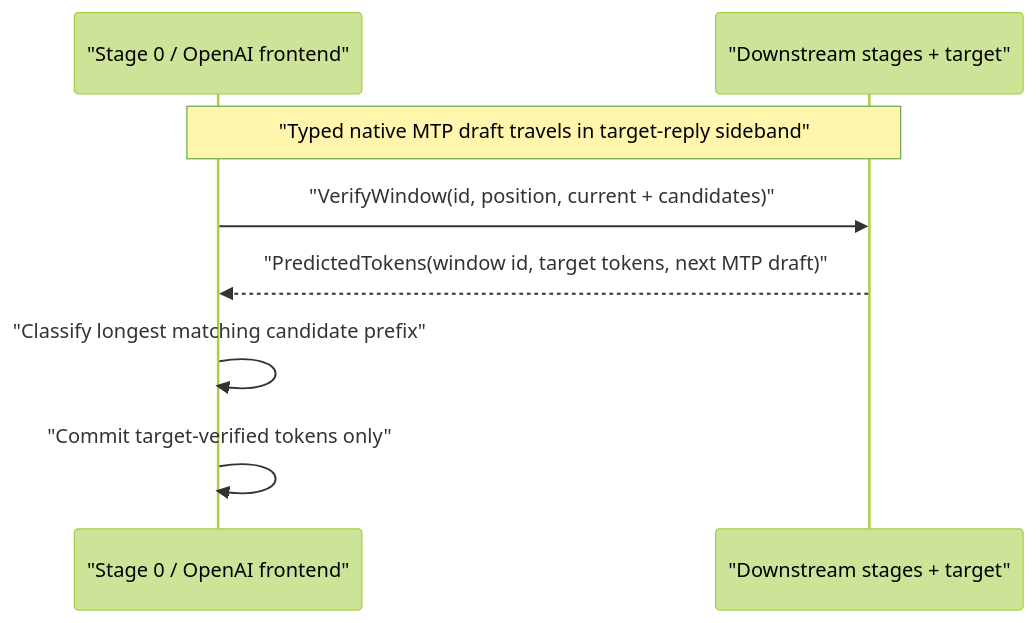
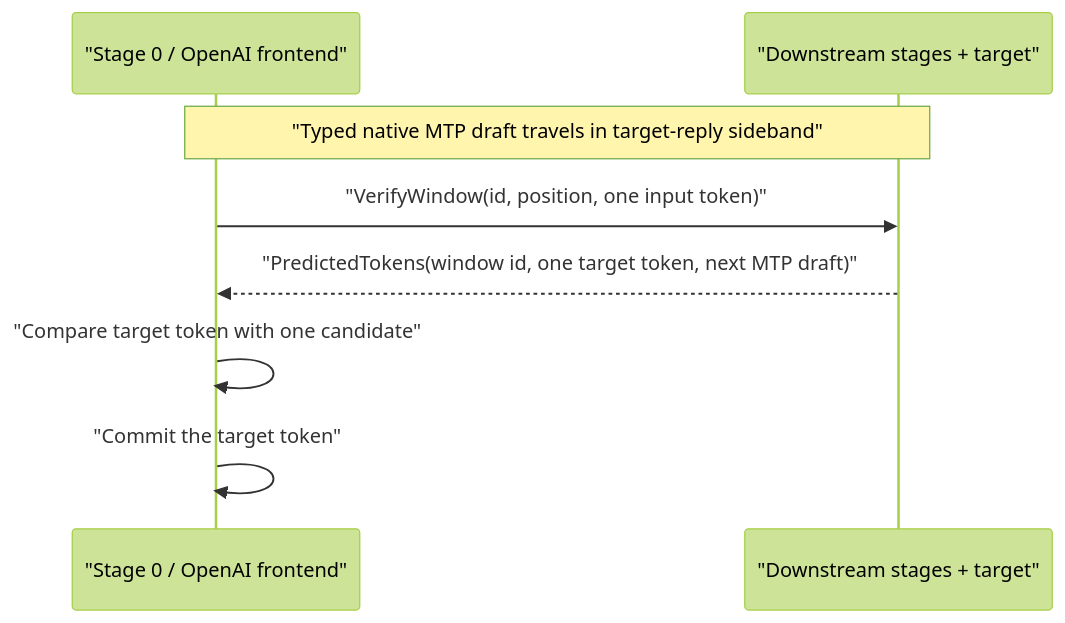
Before and after one commit to B-A-M-N/mesh-llm: the second of 8 diagrams in docs/skippy/PIPELINED_VERIFY_WINDOW.md, drawn with Mermaid (forest theme). The commit also changed other lines of this file and 33 other files, not shown here.

````diff
--- a/docs/skippy/PIPELINED_VERIFY_WINDOW.md
+++ b/docs/skippy/PIPELINED_VERIFY_WINDOW.md
@@ -51,10 +50,10 @@
 ```mermaid
 sequenceDiagram
   participant S0 as "Stage 0 / OpenAI frontend"
   participant ST as "Downstream stages + target"
   Note over S0,ST: "Typed native MTP draft travels in target-reply sideband"
-  S0->>ST: "VerifyWindow(id, position, current + candidates)"
-  ST-->>S0: "PredictedTokens(window id, target tokens, next MTP draft)"
-  S0->>S0: "Classify longest matching candidate prefix"
-  S0->>S0: "Commit target-verified tokens only"
+  S0->>ST: "VerifyWindow(id, position, one input token)"
+  ST-->>S0: "PredictedTokens(window id, one target token, next MTP draft)"
+  S0->>S0: "Compare target token with one candidate"
+  S0->>S0: "Commit the target token"
 ```
````
